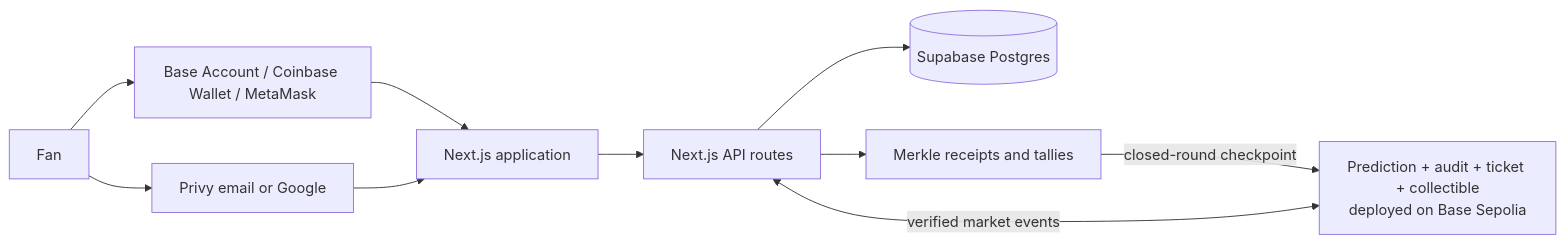
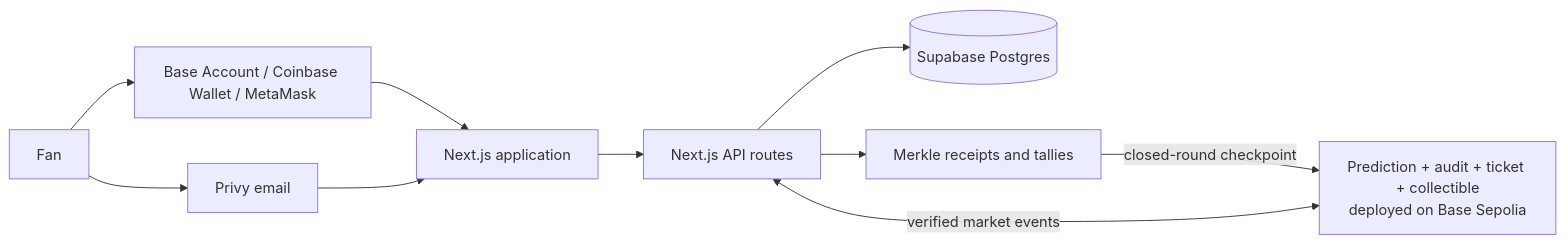
One commit to MikenISATU/CrownFi-App changed the diagram in README.md. Above: the diagram before and after it, drawn with Mermaid. The commit also changed other lines of this file and 23 other files, not shown here.

````diff
--- a/README.md
+++ b/README.md
@@ -69,21 +69,21 @@
 ```mermaid
 flowchart LR
   Fan[Fan]
   Wallet[Base Account / Coinbase Wallet / MetaMask]
-  Privy[Privy email or Google]
+  Privy[Privy email]
   Web[Next.js application]
   API[Next.js API routes]
   DB[(Supabase Postgres)]
   Proofs[Merkle receipts and tallies]
   BaseContracts[Prediction + audit + ticket + collectible<br/>deployed on Base Sepolia]
 
   Fan --> Wallet
   Fan --> Privy
   Wallet --> Web
   Privy --> Web
   Web --> API
   API --> DB
   API --> Proofs
   Proofs -->|closed-round checkpoint| BaseContracts
   API <-->|verified market events| BaseContracts
 ```
````
